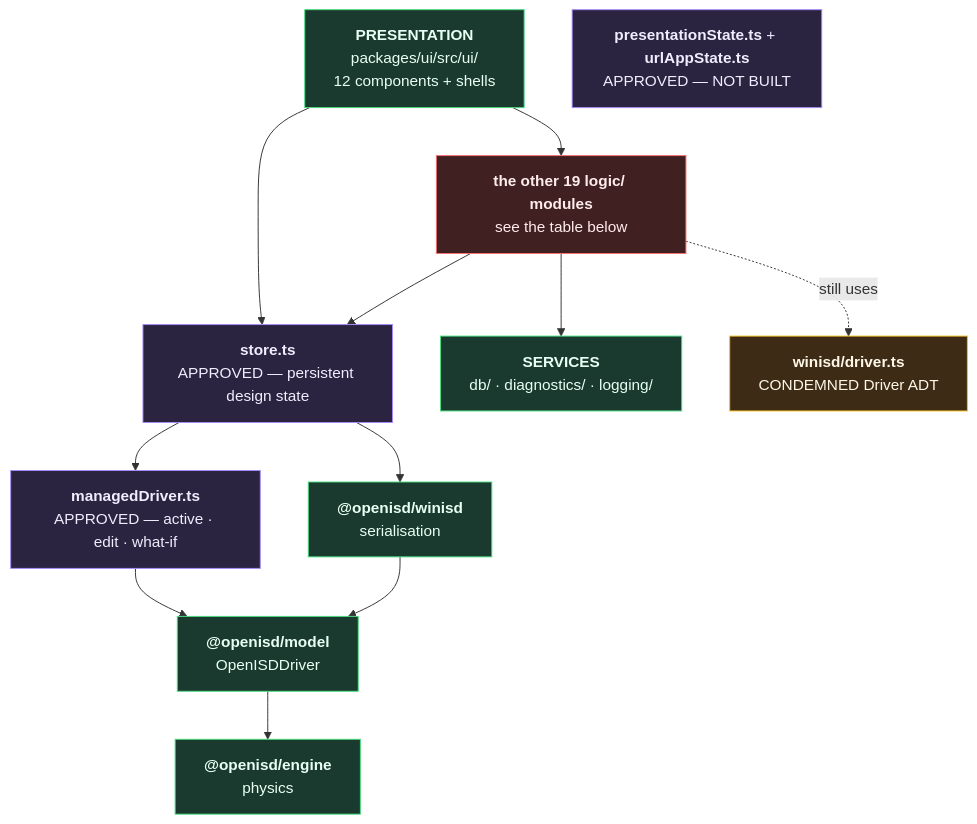
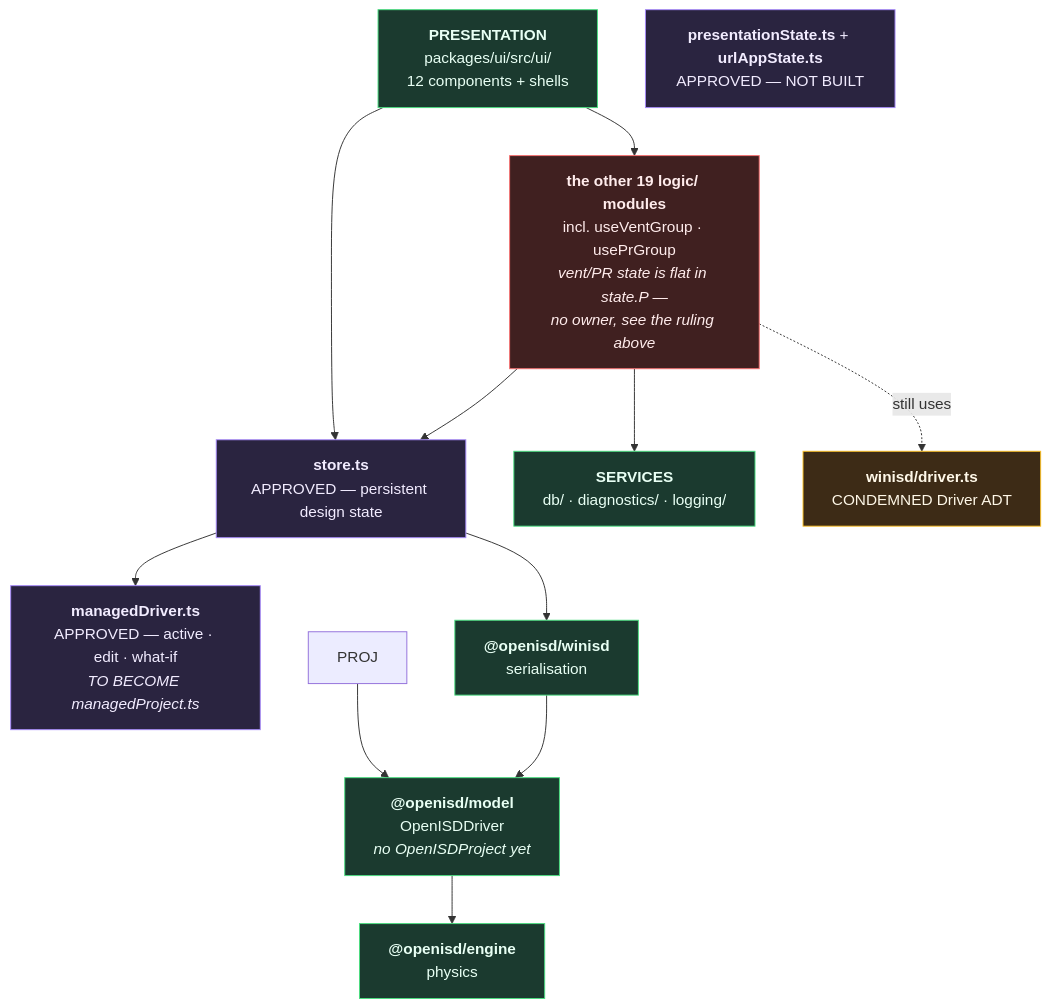
One commit to Johnlon/openisd changed the third of 4 diagrams in ARCHITECTURE.md. Above: the diagram before and after it, drawn with Mermaid. The commit also changed other lines of this file and 1 other file, not shown here.

First line of the commit message:
Diagrams + rules for ManagedProject/OpenISDProject

````diff
--- a/ARCHITECTURE.md
+++ b/ARCHITECTURE.md
@@ -197,33 +199,33 @@
 ```mermaid
 graph TD
     UI["<b>PRESENTATION</b><br/>packages/ui/src/ui/<br/>12 components + shells"]
     STORE["<b>store.ts</b><br/>APPROVED — persistent design state"]
-    MANAGED["<b>managedDriver.ts</b><br/>APPROVED — active · edit · what-if"]
+    MANAGED["<b>managedDriver.ts</b><br/>APPROVED — active · edit · what-if<br/><i>TO BECOME managedProject.ts</i>"]
     PRES["<b>presentationState.ts</b> + <b>urlAppState.ts</b><br/>APPROVED — NOT BUILT"]
-    REST["<b>the other 19 logic/ modules</b><br/>see the table below"]
+    REST["<b>the other 19 logic/ modules</b><br/>incl. useVentGroup · usePrGroup<br/><i>vent/PR state is flat in state.P —<br/>no owner, see the ruling above</i>"]
     SVC["<b>SERVICES</b><br/>db/ · diagnostics/ · logging/"]
-    MODEL["<b>@openisd/model</b><br/>OpenISDDriver"]
+    MODEL["<b>@openisd/model</b><br/>OpenISDDriver<br/><i>no OpenISDProject yet</i>"]
     ENGINE["<b>@openisd/engine</b><br/>physics"]
     WINISD["<b>@openisd/winisd</b><br/>serialisation"]
     OLD["<b>winisd/driver.ts</b><br/>CONDEMNED Driver ADT"]
 
     UI --> STORE
     UI --> REST
     STORE --> MANAGED
     REST --> STORE
     REST --> SVC
-    MANAGED --> MODEL
+    PROJ --> MODEL
     MODEL --> ENGINE
     WINISD --> MODEL
     STORE --> WINISD
     REST -.still uses.-> OLD
 
     classDef ok fill:#1b3a2f,stroke:#4ade80,color:#e8fff4
     classDef approved fill:#2a2440,stroke:#a78bfa,color:#f2ecff
     classDef unplaced fill:#402020,stroke:#f87171,color:#ffecec
     classDef condemned fill:#3d2b16,stroke:#fbbf24,color:#fff8e8
     class UI,SVC,MODEL,ENGINE,WINISD ok
     class STORE,MANAGED,PRES approved
     class REST unplaced
     class OLD condemned
 ```
````
